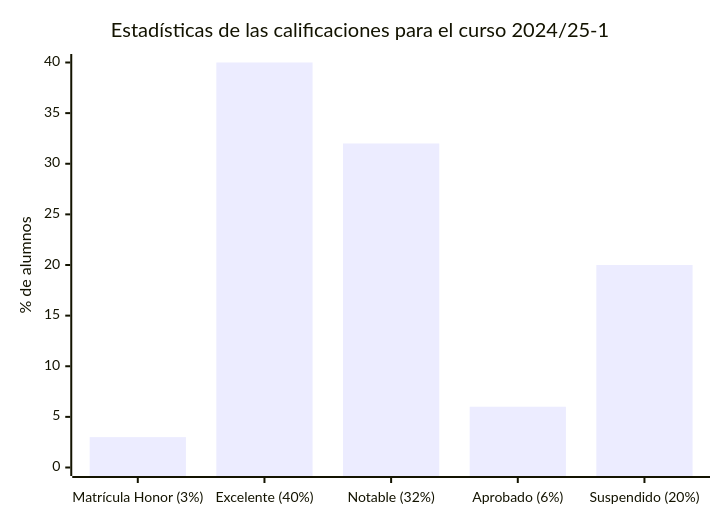
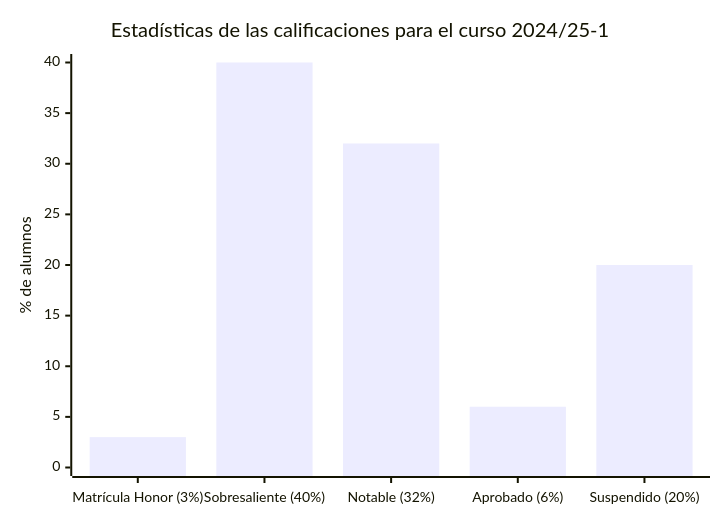
Before and after one commit to HenestrosaDev/uoc-ingenieria-informatica: the diagram in iniciacion_a_las_matematicas_para_la_ingenieria/README.md, drawn with Mermaid. The commit also changed other lines of this file and 3 other files, not shown here.

````diff
--- a/iniciacion_a_las_matematicas_para_la_ingenieria/README.md
+++ b/iniciacion_a_las_matematicas_para_la_ingenieria/README.md
@@ -16,7 +16,7 @@
 ```mermaid
 xychart-beta
 		title "Estadísticas de las calificaciones para el curso 2024/25-1"
-		x-axis ["Matrícula Honor (3%)", "Excelente (40%)", "Notable (32%)", "Aprobado (6%)", "Suspendido (20%)"]
+		x-axis ["Matrícula Honor (3%)", "Sobresaliente (40%)", "Notable (32%)", "Aprobado (6%)", "Suspendido (20%)"]
 		y-axis "% de alumnos" 0 --> 40
 		bar [3, 40, 32, 6, 20]
 ```
````
